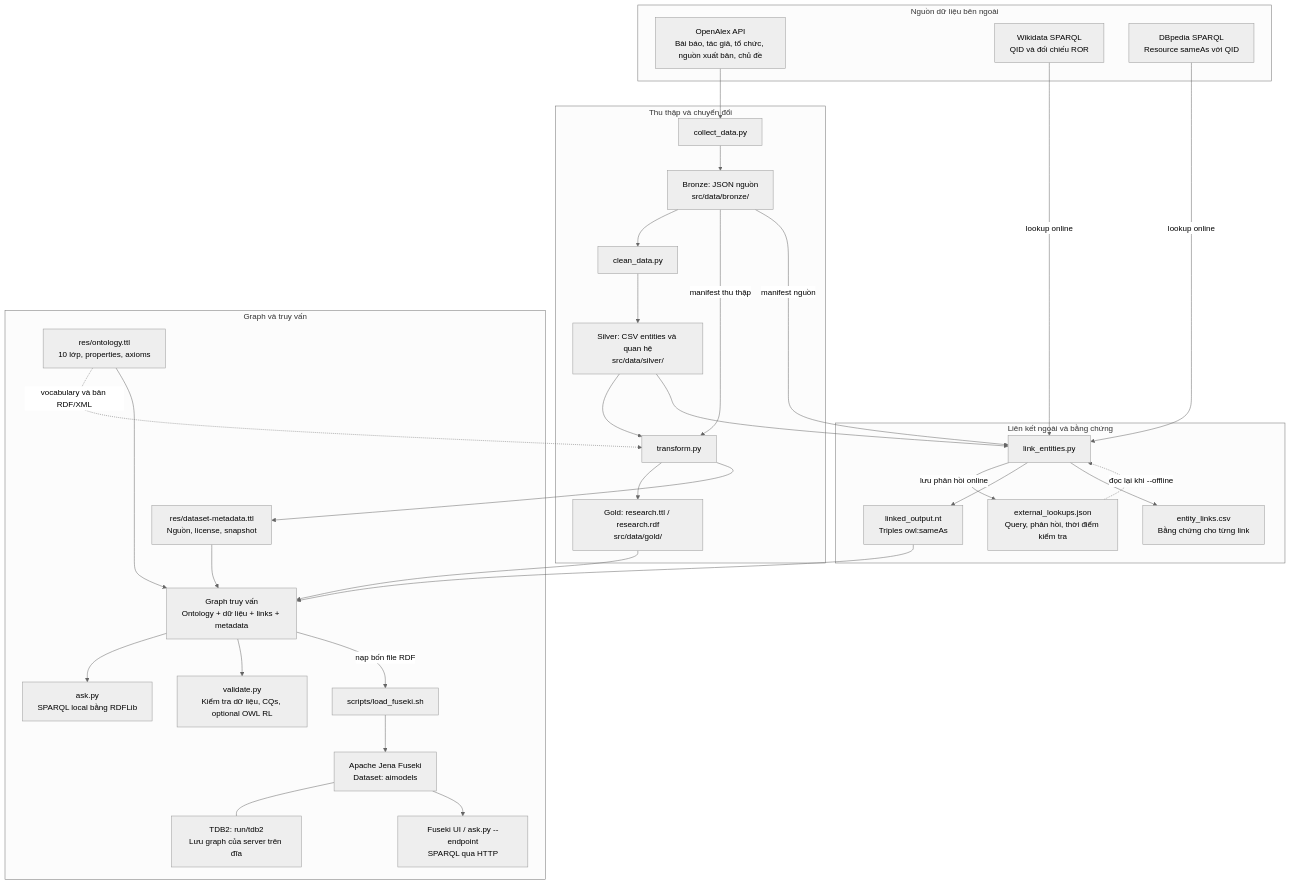
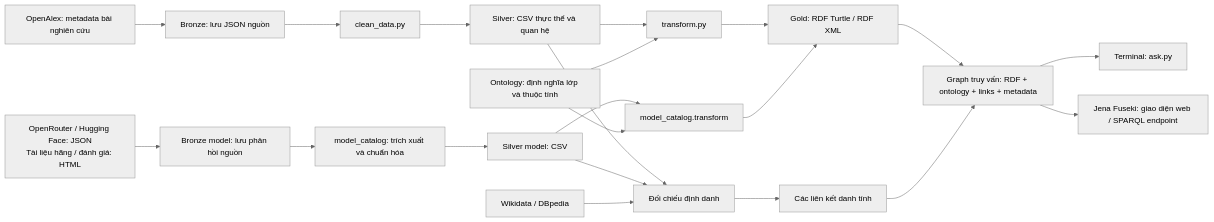
The diagram in README.md (BroDSMaster/semantic-web-ai-models), drawn with Mermaid (neutral theme) before and after one commit. The commit also changed other lines of this file, not shown here.

````diff
--- a/README.md
+++ b/README.md
@@ -82,58 +24,20 @@
 ```mermaid
-flowchart TD
-  subgraph SOURCES["Nguồn dữ liệu bên ngoài"]
-    OA["OpenAlex API<br/>Bài báo, tác giả, tổ chức, nguồn xuất bản, chủ đề"]
-    WD["Wikidata SPARQL<br/>QID và đối chiếu ROR"]
-    DP["DBpedia SPARQL<br/>Resource sameAs với QID"]
-  end
-
-  subgraph ETL["Thu thập và chuyển đổi"]
-    COLLECT["collect_data.py"]
-    BRONZE["Bronze: JSON nguồn<br/>src/data/bronze/"]
-    CLEAN["clean_data.py"]
-    SILVER["Silver: CSV entities và quan hệ<br/>src/data/silver/"]
-    TRANSFORM["transform.py"]
-    GOLD["Gold: research.ttl / research.rdf<br/>src/data/gold/"]
-  end
-
-  subgraph LINKING["Liên kết ngoài và bằng chứng"]
-    LINKER["link_entities.py"]
-    CACHE["external_lookups.json<br/>Query, phản hồi, thời điểm kiểm tra"]
-    LINKS["linked_output.nt<br/>Triples owl:sameAs"]
-    EVIDENCE["entity_links.csv<br/>Bằng chứng cho từng link"]
-  end
-
-  subgraph QUERYING["Graph và truy vấn"]
-    ONTOLOGY["res/ontology.ttl<br/>10 lớp, properties, axioms"]
-    META["res/dataset-metadata.ttl<br/>Nguồn, license, snapshot"]
-    KG["Graph truy vấn<br/>Ontology + dữ liệu + links + metadata"]
-    LOCAL["ask.py<br/>SPARQL local bằng RDFLib"]
-    LOAD["scripts/load_fuseki.sh"]
-    FUSEKI["Apache Jena Fuseki<br/>Dataset: aimodels"]
-    TDB["TDB2: run/tdb2<br/>Lưu graph của server trên đĩa"]
-    REMOTE["Fuseki UI / ask.py --endpoint<br/>SPARQL qua HTTP"]
-    CHECK["validate.py<br/>Kiểm tra dữ liệu, CQs, optional OWL RL"]
-  end
-
-  OA --> COLLECT --> BRONZE --> CLEAN --> SILVER --> TRANSFORM --> GOLD
-  BRONZE -->|"manifest thu thập"| TRANSFORM
-  ONTOLOGY -.->|"vocabulary và bản RDF/XML"| TRANSFORM
-  TRANSFORM --> META
-  SILVER --> LINKER
-  BRONZE -->|"manifest nguồn"| LINKER
-  WD -->|"lookup online"| LINKER
-  DP -->|"lookup online"| LINKER
-  LINKER -->|"lưu phản hồi online"| CACHE
-  CACHE -.->|"đọc lại khi --offline"| LINKER
-  LINKER --> LINKS
-  LINKER --> EVIDENCE
-  ONTOLOGY --> KG
-  GOLD --> KG
-  LINKS --> KG
-  META --> KG
-  KG --> LOCAL
-  KG --> CHECK
-  KG -->|"nạp bốn file RDF"| LOAD --> FUSEKI
-  FUSEKI --- TDB
-  FUSEKI --> REMOTE
+flowchart LR
+  OA["OpenAlex: metadata bài nghiên cứu"] --> B["Bronze: lưu JSON nguồn"]
+  API["OpenRouter / Hugging Face: JSON<br/>Tài liệu hãng / đánh giá: HTML"] --> BM["Bronze model: lưu phản hồi nguồn"]
+  B --> C["clean_data.py"] --> S["Silver: CSV thực thể và quan hệ"]
+  BM --> N["model_catalog: trích xuất và chuẩn hóa"] --> SM["Silver model: CSV"]
+  S --> T["transform.py"]
+  SM --> TM["model_catalog.transform"]
+  O["Ontology: định nghĩa lớp và thuộc tính"] --> T
+  O --> TM
+  T --> G["Gold: RDF Turtle / RDF XML"]
+  TM --> G
+  S --> L["Đối chiếu định danh"]
+  SM --> L
+  WD["Wikidata / DBpedia"] --> L --> E["Các liên kết danh tính"]
+  G --> Q["Graph truy vấn: RDF + ontology + links + metadata"]
+  E --> Q
+  Q --> CLI["Terminal: ask.py"]
+  Q --> F["Jena Fuseki: giao diện web / SPARQL endpoint"]
 ```
````
